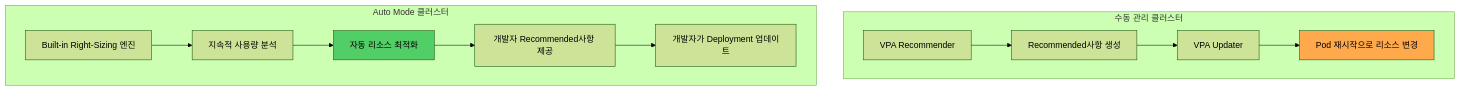
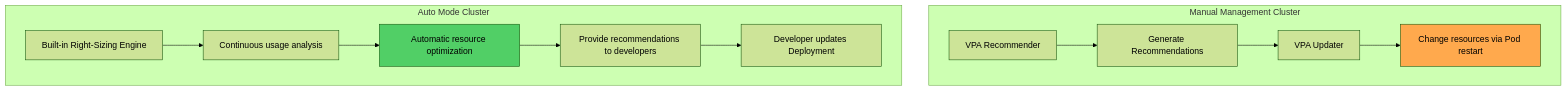
Before and after one commit to devfloor9/engineering-playbook: the third of 16 diagrams in i18n/en/docusaurus-plugin-content-docs/current/eks-best-practices/resource-cost/eks-resource-optimization.md, drawn with Mermaid (forest theme). The commit also changed other lines of this file, not shown here.

Commit message:
docs(i18n/en): complete eks-resource-optimization.md translation (1356 Korean lines)

````diff
--- a/i18n/en/docusaurus-plugin-content-docs/current/eks-best-practices/resource-cost/eks-resource-optimization.md
+++ b/i18n/en/docusaurus-plugin-content-docs/current/eks-best-practices/resource-cost/eks-resource-optimization.md
@@ -777,18 +777,18 @@
 ```mermaid
 graph TB
-    subgraph "수동 관리 클러스터"
-        A1[VPA Recommender] --> A2[Recommended사항 생성]
+    subgraph "Manual Management Cluster"
+        A1[VPA Recommender] --> A2[Generate Recommendations]
         A2 --> A3[VPA Updater]
-        A3 --> A4[Pod 재시작으로 리소스 변경]
+        A3 --> A4[Change resources via Pod restart]
     end
 
-    subgraph "Auto Mode 클러스터"
-        B1[Built-in Right-Sizing 엔진] --> B2[지속적 사용량 분석]
-        B2 --> B3[자동 리소스 최적화]
-        B3 --> B4[개발자 Recommended사항 제공]
-        B4 --> B5[개발자가 Deployment 업데이트]
+    subgraph "Auto Mode Cluster"
+        B1[Built-in Right-Sizing Engine] --> B2[Continuous usage analysis]
+        B2 --> B3[Automatic resource optimization]
+        B3 --> B4[Provide recommendations to developers]
+        B4 --> B5[Developer updates Deployment]
     end
 
     style A4 fill:#ffa94d
     style B3 fill:#51cf66
 ```
````
